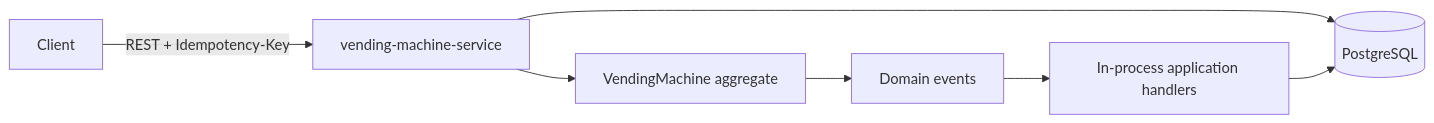
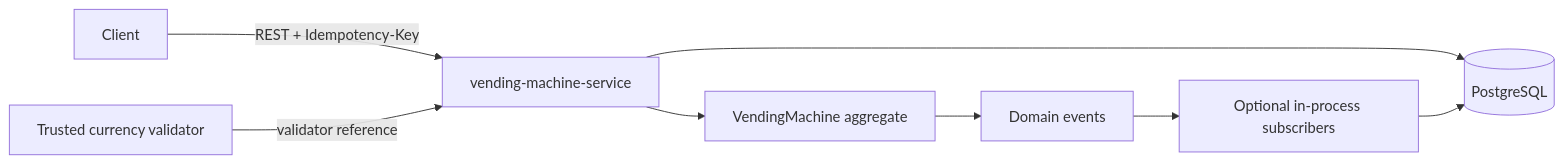
One commit to ahmasm/vending-machine-case changed the diagram in docs/system-design.md. Above: the diagram before and after it, drawn with Mermaid. The commit also changed other lines of this file and 2 other files, not shown here.

````diff
--- a/docs/system-design.md
+++ b/docs/system-design.md
@@ -13,9 +13,10 @@
 ```mermaid
 flowchart LR
     Client -->|REST + Idempotency-Key| Core[vending-machine-service]
+    Validator[Trusted currency validator] -->|validator reference| Core
     Core --> Domain[VendingMachine aggregate]
     Domain --> Events[Domain events]
-    Events --> Handlers[In-process application handlers]
+    Events --> Handlers[Optional in-process subscribers]
     Core --> CoreDB[(PostgreSQL)]
     Handlers --> CoreDB
 ```
````
